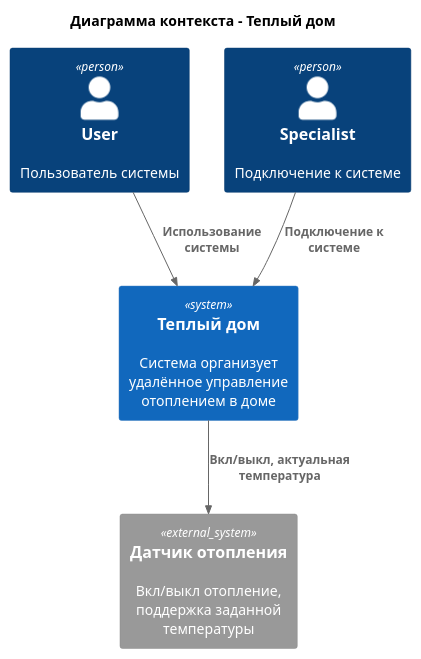
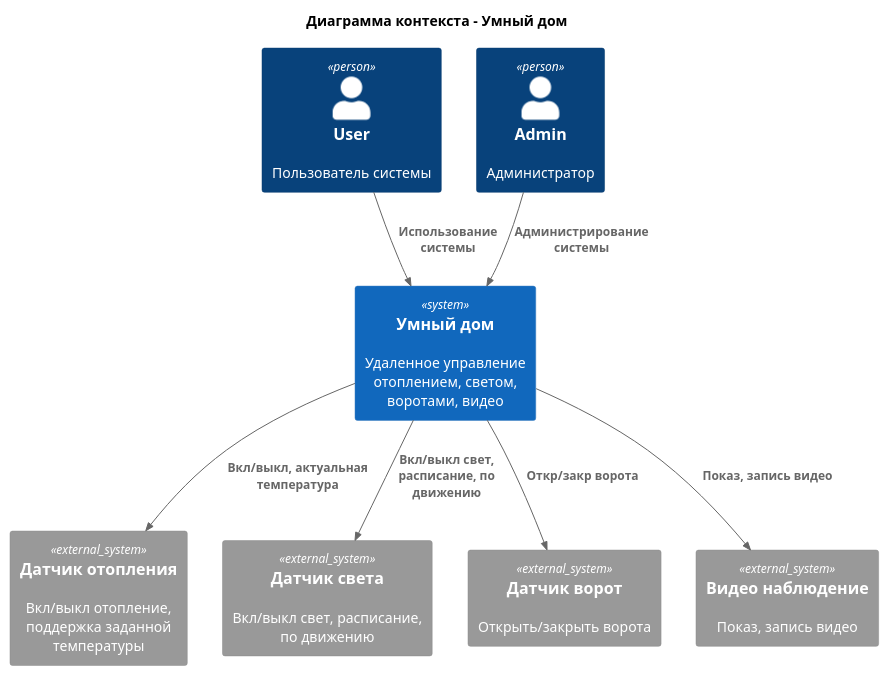
Before and after one commit to fireflysmk/architecture-sprint-3: the diagram in diagrams/task2/task2_context_to_be.puml, drawn with PlantUML.

Commit message:
add task2

```diff
--- a/diagrams/task2/task2_context_to_be.puml
+++ b/diagrams/task2/task2_context_to_be.puml
@@ -1,18 +1,24 @@
 @startuml
-title Диаграмма контекста - Теплый дом
+title Диаграмма контекста - Умный дом
 
 top to bottom direction
 
 !includeurl https://raw.githubusercontent.com/RicardoNiepel/C4-PlantUML/master/C4_Component.puml
 
 Person(user, "User", "Пользователь системы")
-Person(specialist, "Specialist", "Подключение к системе")
-System(SmartHomeSystem, "Теплый дом", "Система организует удалённое управление отоплением в доме")
+Person(admin, "Admin", "Администратор")
+System(SmartHomeSystem, "Умный дом", "Удаленное управление отоплением, светом, воротами, видео")
 
 System_Ext(sensor, "Датчик отопления", "Вкл/выкл отопление, поддержка заданной температуры")
+System_Ext(light, "Датчик света", "Вкл/выкл свет, расписание, по движению")
+System_Ext(gates, "Датчик ворот", "Открыть/закрыть ворота")
+System_Ext(camera, "Видео наблюдение", "Показ, запись видео")
 
 Rel(user, SmartHomeSystem, "Использование системы")
-Rel(specialist,SmartHomeSystem, "Подключение к системе")
+Rel(admin,SmartHomeSystem, "Администрирование системы")
 Rel(SmartHomeSystem,sensor, "Вкл/выкл, актуальная температура")
+Rel(SmartHomeSystem,light, "Вкл/выкл свет, расписание, по движению")
+Rel(SmartHomeSystem,gates, "Откр/закр ворота")
+Rel(SmartHomeSystem,camera, "Показ, запись видео")
 
 @enduml
```
